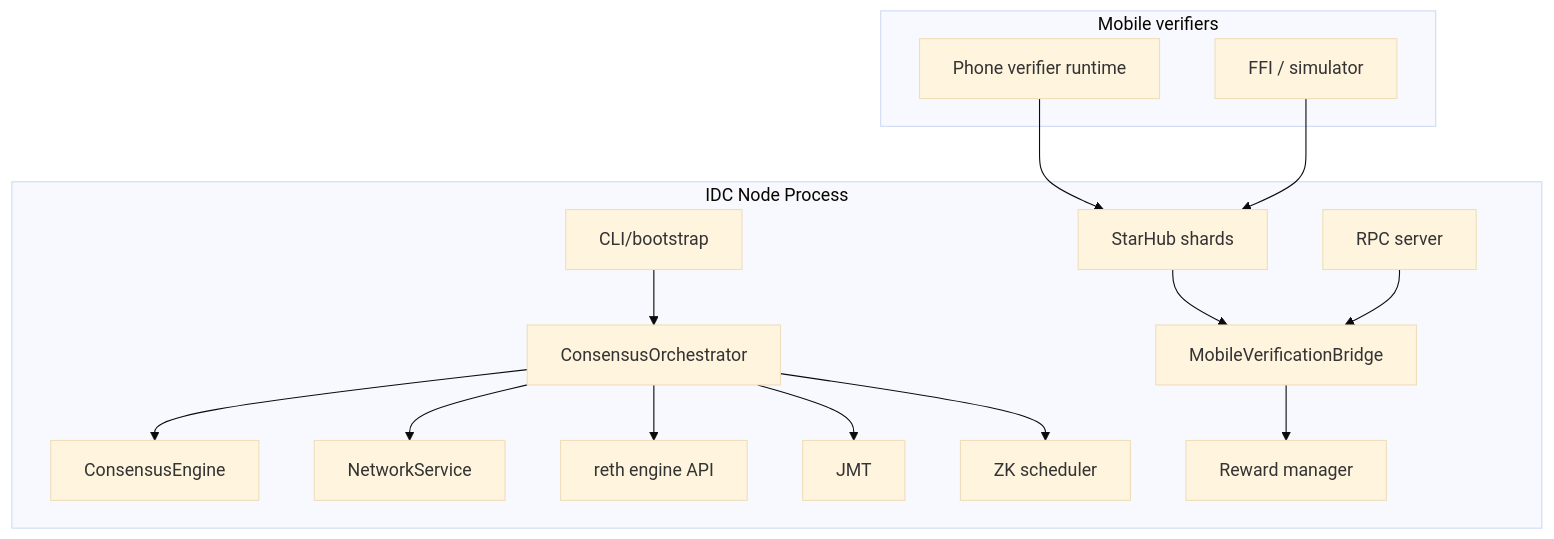
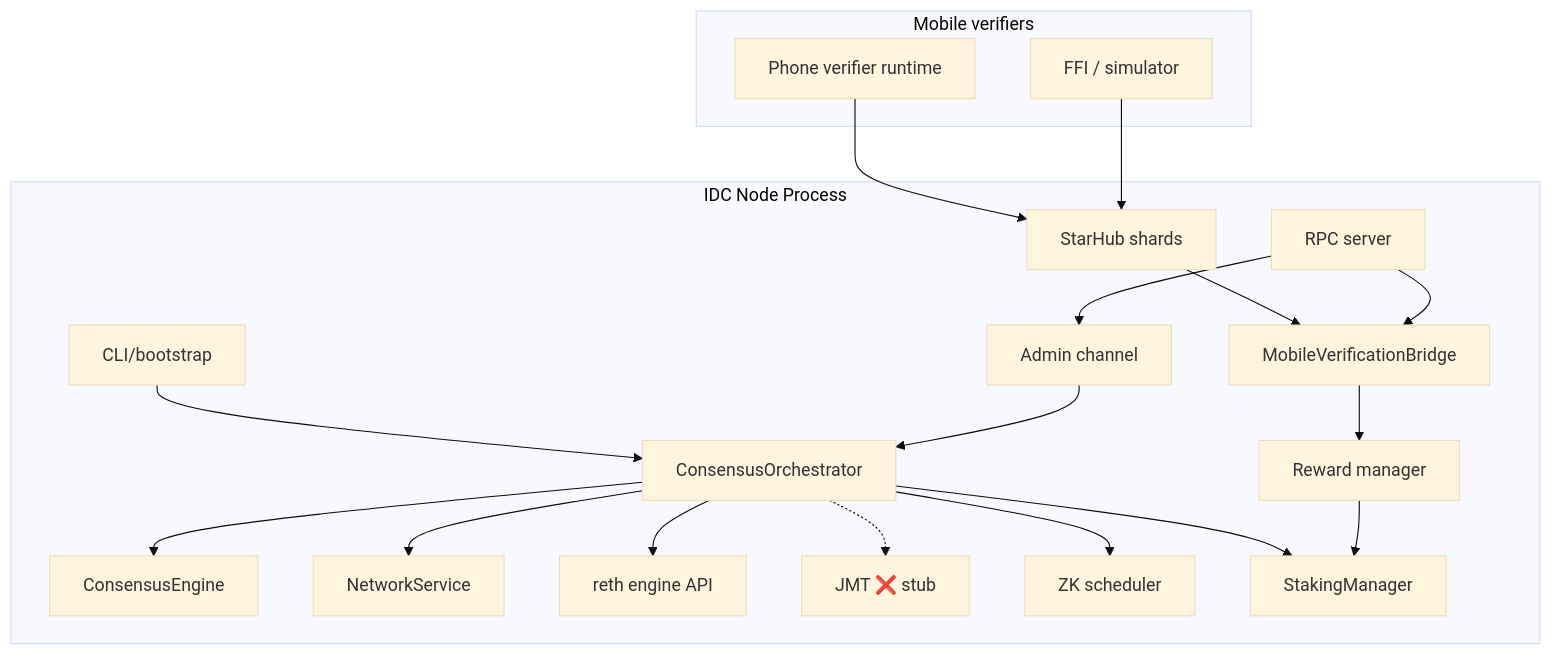
Before and after one commit to n42blockchain/n42-26: the second of 2 diagrams in docs/01-System-Architecture.md, drawn with Mermaid (base theme). The commit also changed other lines of this file and 2 other files, not shown here.

First line of the commit message:
docs: update architecture docs with production wiring audit results

````diff
--- a/docs/01-System-Architecture.md
+++ b/docs/01-System-Architecture.md
@@ -116,33 +137,38 @@
 ```mermaid
 flowchart TD
     subgraph Node["IDC Node Process"]
         A["CLI/bootstrap"]
         B["ConsensusEngine"]
         C["ConsensusOrchestrator"]
         D["NetworkService"]
         E["StarHub shards"]
         F["MobileVerificationBridge"]
         G["RPC server"]
         H["reth engine API"]
-        I["JMT"]
+        I["JMT ❌ stub"]
         J["ZK scheduler"]
         K["Reward manager"]
+        L["StakingManager"]
+        M["Admin channel"]
     end
 
     subgraph Phones["Mobile verifiers"]
         P1["Phone verifier runtime"]
         P2["FFI / simulator"]
     end
 
     A --> C
     C --> B
     C --> D
     C --> H
-    C --> I
+    C -.-> I
     C --> J
+    C --> L
     E --> F
     F --> K
+    K --> L
+    G --> M --> C
     G --> F
     P1 --> E
     P2 --> E
 ```
````
